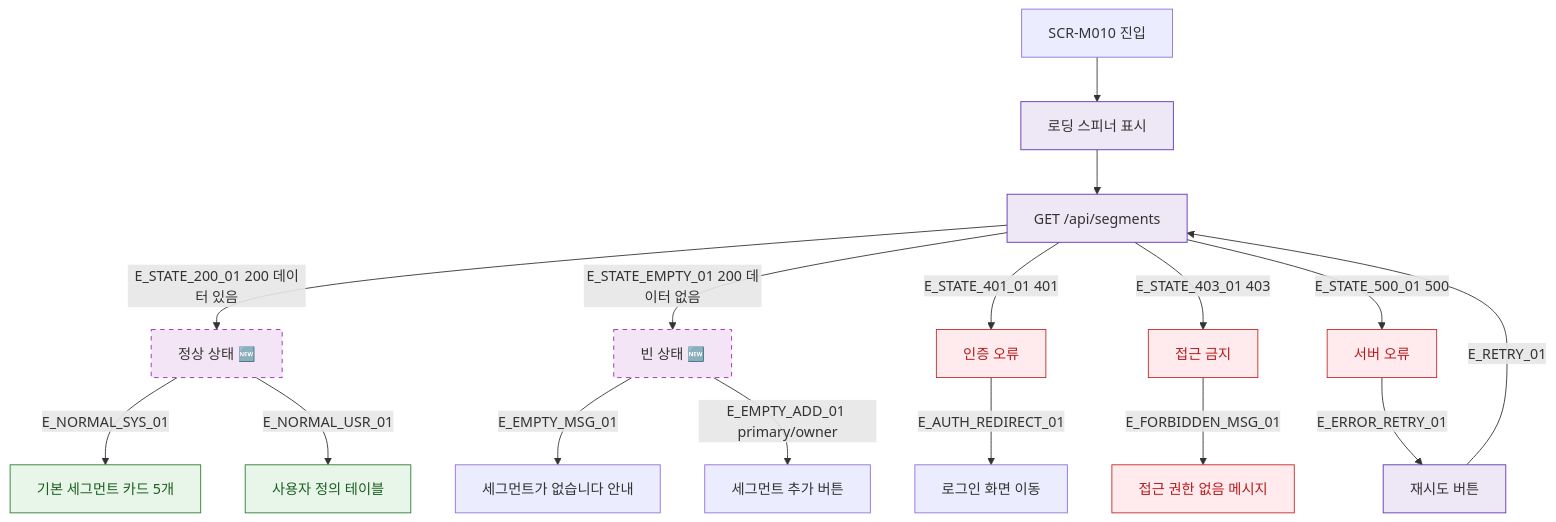
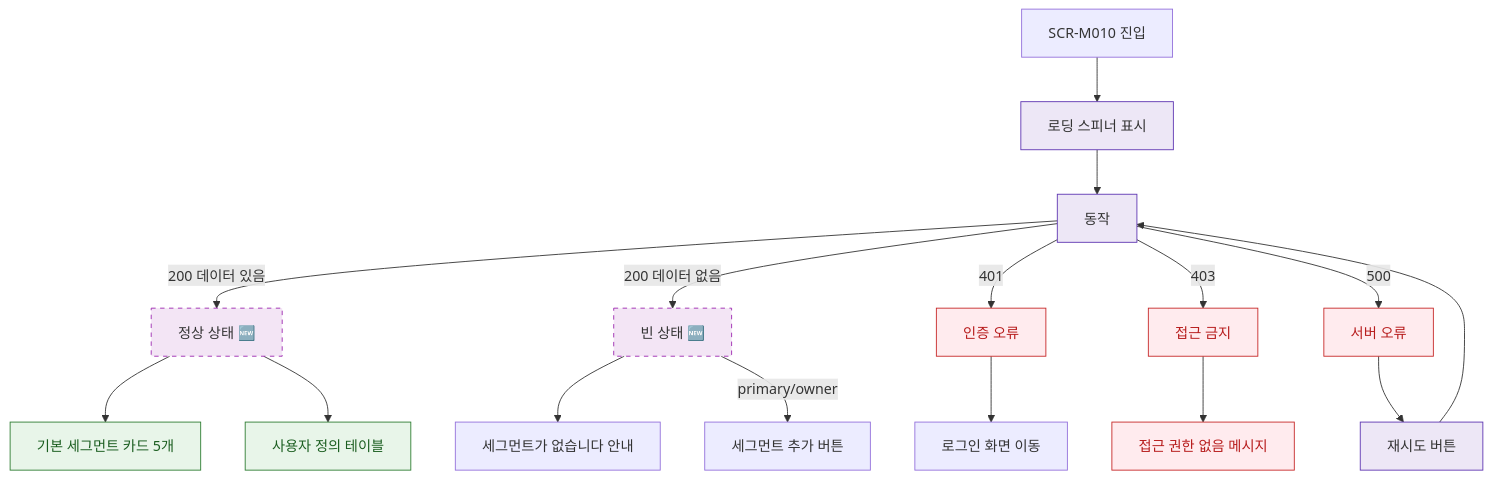
The diagram in docs/다이어그램/D02_회원관리/SCR-M010_세그먼트관리/F6_상태별화면.md (dev-spogym/admin-pando), drawn with Mermaid before and after one commit. The commit also changed other lines of this file and 1660 other files, not shown here.

First line of the commit message:
다이어그램: 기획자/클라이언트 납품본으로 정리

````diff
--- a/docs/다이어그램/D02_회원관리/SCR-M010_세그먼트관리/F6_상태별화면.md
+++ b/docs/다이어그램/D02_회원관리/SCR-M010_세그먼트관리/F6_상태별화면.md
@@ -22,35 +20,35 @@
 ```mermaid
 flowchart TD
   ENTER[SCR-M010 진입]
 
   ENTER --> LOADING[로딩 스피너 표시]
-  LOADING --> API_CALL[GET /api/segments]
+  LOADING --> API_CALL[동작]
 
-  API_CALL -->|E_STATE_200_01 200 데이터 있음| STATE_NORMAL[정상 상태 🆕]
-  API_CALL -->|E_STATE_EMPTY_01 200 데이터 없음| STATE_EMPTY[빈 상태 🆕]
-  API_CALL -->|E_STATE_401_01 401| STATE_AUTH[인증 오류]
-  API_CALL -->|E_STATE_403_01 403| STATE_FORBIDDEN[접근 금지]
-  API_CALL -->|E_STATE_500_01 500| STATE_ERROR[서버 오류]
+  API_CALL -->|200 데이터 있음|STATE_NORMAL[정상 상태 🆕]
+  API_CALL -->|200 데이터 없음|STATE_EMPTY[빈 상태 🆕]
+  API_CALL -->|401|STATE_AUTH[인증 오류]
+  API_CALL -->|403|STATE_FORBIDDEN[접근 금지]
+  API_CALL -->|500|STATE_ERROR[서버 오류]
 
-  STATE_NORMAL -->|E_NORMAL_SYS_01| SYS_CARDS[기본 세그먼트 카드 5개]
-  STATE_NORMAL -->|E_NORMAL_USR_01| USR_TABLE[사용자 정의 테이블]
+  STATE_NORMAL --> SYS_CARDS[기본 세그먼트 카드 5개]
+  STATE_NORMAL --> USR_TABLE[사용자 정의 테이블]
 
-  STATE_EMPTY  -->|E_EMPTY_MSG_01| EMPTY_MSG[세그먼트가 없습니다 안내]
-  STATE_EMPTY  -->|E_EMPTY_ADD_01 primary/owner| BTN_ADD[세그먼트 추가 버튼]
+  STATE_EMPTY --> EMPTY_MSG[세그먼트가 없습니다 안내]
+  STATE_EMPTY -->|primary/owner|BTN_ADD[세그먼트 추가 버튼]
 
-  STATE_AUTH      -->|E_AUTH_REDIRECT_01| LOGIN[로그인 화면 이동]
-  STATE_FORBIDDEN -->|E_FORBIDDEN_MSG_01| MSG_FORBIDDEN[접근 권한 없음 메시지]
-  STATE_ERROR     -->|E_ERROR_RETRY_01| RETRY[재시도 버튼]
-  RETRY           -->|E_RETRY_01| API_CALL
+  STATE_AUTH --> LOGIN[로그인 화면 이동]
+  STATE_FORBIDDEN --> MSG_FORBIDDEN[접근 권한 없음 메시지]
+  STATE_ERROR --> RETRY[재시도 버튼]
+  RETRY --> API_CALL
 
   classDef newFeature fill:#F3E5F5,stroke:#9C27B0,stroke-dasharray:5 5
-  classDef success    fill:#E8F5E9,stroke:#2E7D32,color:#1B5E20
-  classDef error      fill:#FFEBEE,stroke:#C62828,color:#B71C1C
-  classDef warning    fill:#FFF8E1,stroke:#F9A825,color:#E65100
-  classDef system     fill:#EDE7F6,stroke:#5E35B2
+  classDef success fill:#E8F5E9,stroke:#2E7D32,color:#1B5E20
+  classDef error fill:#FFEBEE,stroke:#C62828,color:#B71C1C
+  classDef warning fill:#FFF8E1,stroke:#F9A825,color:#E65100
+  classDef system fill:#EDE7F6,stroke:#5E35B2
 
   class STATE_NORMAL,STATE_EMPTY newFeature
   class SYS_CARDS,USR_TABLE success
   class STATE_AUTH,STATE_FORBIDDEN,STATE_ERROR,MSG_FORBIDDEN error
   class LOADING,API_CALL,RETRY system
 ```
````
